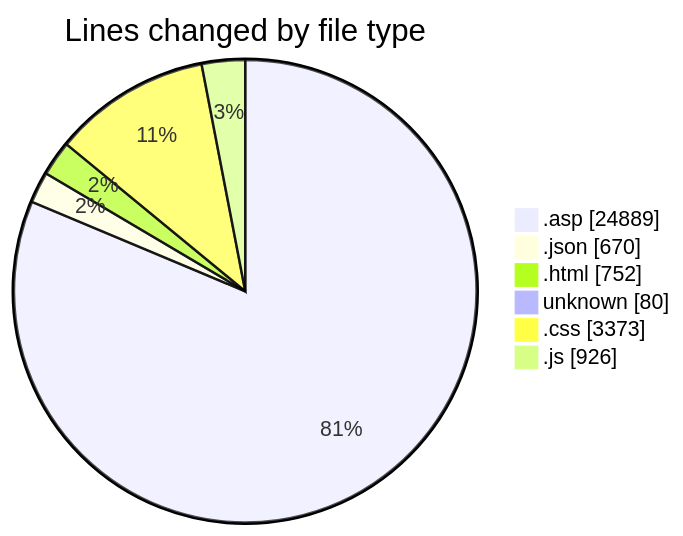
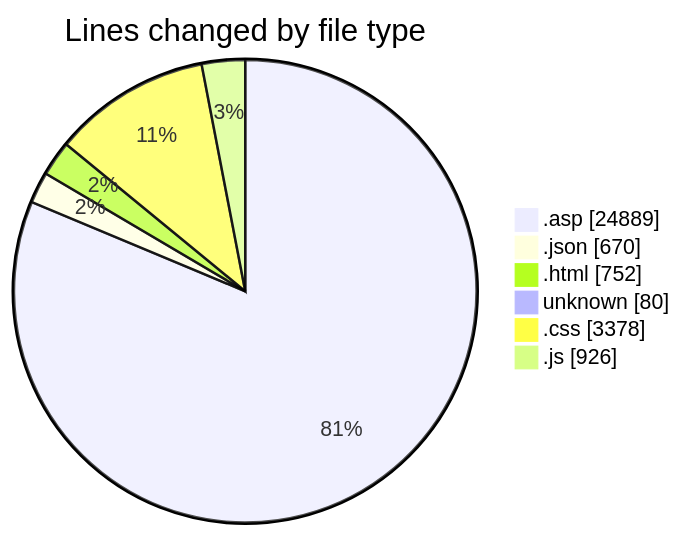
Before and after one commit to julien-gomy/code-tracking: the first of 2 diagrams in 2025-11-01/cdp_aleoudev_fr__workspace_/README.md, drawn with Mermaid. The commit also changed other lines of this file and 1 other file, not shown here.

````diff
--- a/2025-11-01/cdp_aleoudev_fr__workspace_/README.md
+++ b/2025-11-01/cdp_aleoudev_fr__workspace_/README.md
@@ -39,10 +39,10 @@
 ```mermaid
 pie showData
 title Lines changed by file type
 ".asp" : 24889
 ".json" : 670
 ".html" : 752
 "unknown" : 80
-".css" : 3373
+".css" : 3378
 ".js" : 926
 ```
````
